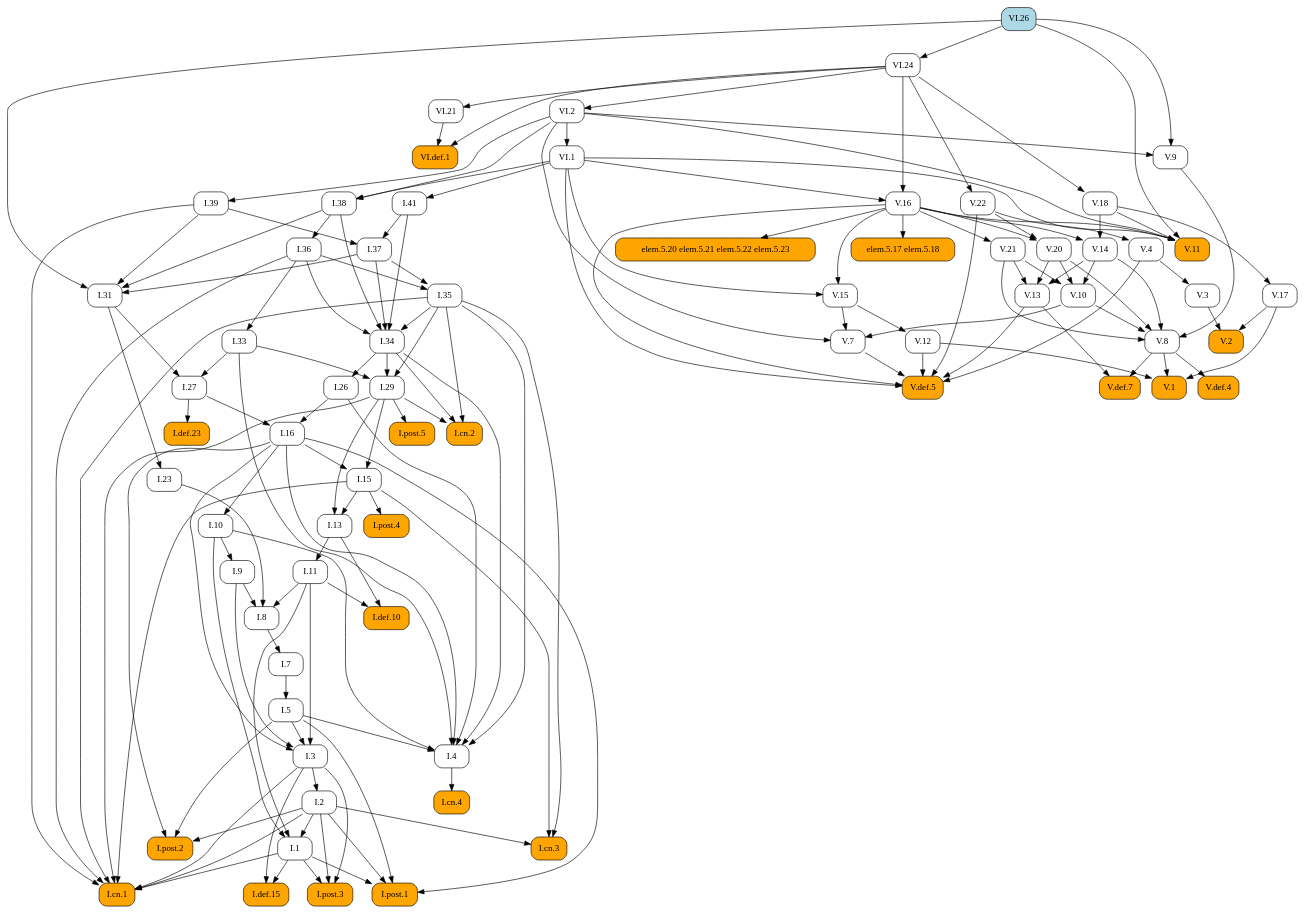
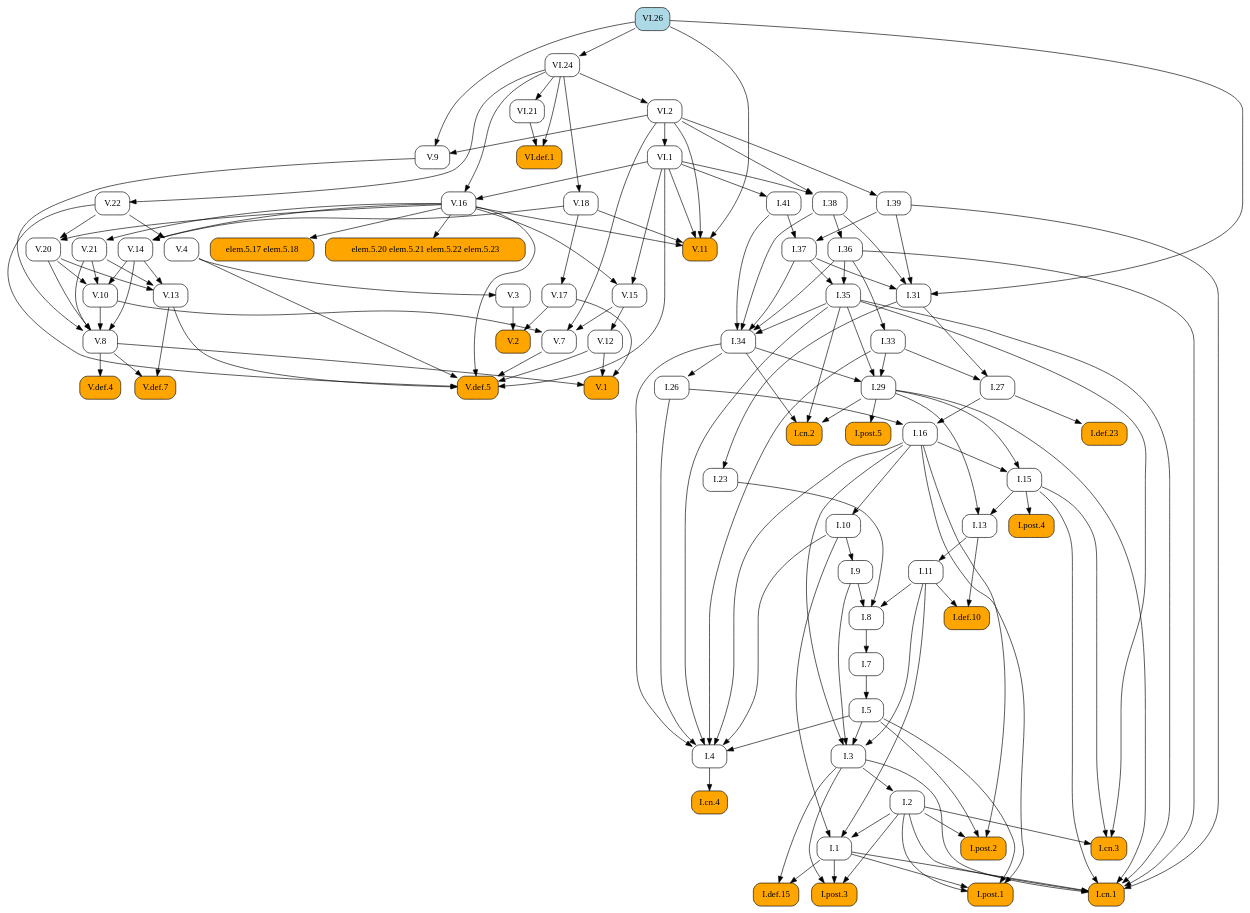
Before and after one commit to geometor/elements: the diagram in docsrc/elements2/VI/26/index.rst, drawn with Graphviz. The commit also changed other lines of this file and 409 other files, not shown here.

First line of the commit message:
feat: Add image cropping and graphic extraction script

```diff
--- a/docsrc/elements2/VI/26/index.rst
+++ b/docsrc/elements2/VI/26/index.rst
@@ -46,198 +46,94 @@
    digraph {
      rankdir="TB";
      node [shape=box, style=rounded];
+     "I.31" [URL="/elements2/I/31/", target="_top"];
+     "I.41" [URL="/elements2/I/41/", target="_top"];
      "I.8" [URL="/elements2/I/8/", target="_top"];
+     "V.10" [URL="/elements2/V/10/", target="_top"];
+     "V.8" [URL="/elements2/V/8/", target="_top"];
+     "VI.1" [URL="/elements2/VI/1/", target="_top"];
+     "I.15" [URL="/elements2/I/15/", target="_top"];
+     "I.26" [URL="/elements2/I/26/", target="_top"];
+     "I.cn.1" [style="rounded,filled", fillcolor=orange, URL="/elements2/I/cn.1/", target="_top"];
+     "elem.5.20 elem.5.21 elem.5.22 elem.5.23" [style="rounded,filled", fillcolor=orange];
+     "V.def.5" [style="rounded,filled", fillcolor=orange, URL="/elements2/V/def.5/", target="_top"];
+     "V.17" [URL="/elements2/V/17/", target="_top"];
+     "I.16" [URL="/elements2/I/16/", target="_top"];
+     "I.35" [URL="/elements2/I/35/", target="_top"];
+     "I.34" [URL="/elements2/I/34/", target="_top"];
+     "I.33" [URL="/elements2/I/33/", target="_top"];
+     "V.15" [URL="/elements2/V/15/", target="_top"];
+     "V.4" [URL="/elements2/V/4/", target="_top"];
+     "V.14" [URL="/elements2/V/14/", target="_top"];
+     "elem.5.17 elem.5.18" [style="rounded,filled", fillcolor=orange];
+     "V.3" [URL="/elements2/V/3/", target="_top"];
+     "I.def.15" [style="rounded,filled", fillcolor=orange, URL="/elements2/I/def.15/", target="_top"];
+     "I.11" [URL="/elements2/I/11/", target="_top"];
+     "V.11" [style="rounded,filled", fillcolor=orange, URL="/elements2/V/11/", target="_top"];
+     "I.cn.3" [style="rounded,filled", fillcolor=orange, URL="/elements2/I/cn.3/", target="_top"];
+     "I.9" [URL="/elements2/I/9/", target="_top"];
+     "I.29" [URL="/elements2/I/29/", target="_top"];
+     "V.13" [URL="/elements2/V/13/", target="_top"];
+     "I.36" [URL="/elements2/I/36/", target="_top"];
+     "I.post.1" [style="rounded,filled", fillcolor=orange, URL="/elements2/I/post.1/", target="_top"];
+     "V.def.4" [style="rounded,filled", fillcolor=orange, URL="/elements2/V/def.4/", target="_top"];
+     "VI.2" [URL="/elements2/VI/2/", target="_top"];
+     "I.27" [URL="/elements2/I/27/", target="_top"];
+     "V.1" [style="rounded,filled", fillcolor=orange, URL="/elements2/V/1/", target="_top"];
+     "I.cn.4" [style="rounded,filled", fillcolor=orange, URL="/elements2/I/cn.4/", target="_top"];
+     "I.cn.2" [style="rounded,filled", fillcolor=orange, URL="/elements2/I/cn.2/", target="_top"];
+     "I.post.4" [style="rounded,filled", fillcolor=orange, URL="/elements2/I/post.4/", target="_top"];
+     "V.7" [URL="/elements2/V/7/", target="_top"];
+     "I.37" [URL="/elements2/I/37/", target="_top"];
+     "V.21" [URL="/elements2/V/21/", target="_top"];
+     "I.5" [URL="/elements2/I/5/", target="_top"];
+     "V.def.7" [style="rounded,filled", fillcolor=orange, URL="/elements2/V/def.7/", target="_top"];
+     "V.12" [URL="/elements2/V/12/", target="_top"];
+     "I.7" [URL="/elements2/I/7/", target="_top"];
+     "V.18" [URL="/elements2/V/18/", target="_top"];
+     "I.23" [URL="/elements2/I/23/", target="_top"];
+     "V.9" [URL="/elements2/V/9/", target="_top"];
+     "V.2" [style="rounded,filled", fillcolor=orange, URL="/elements2/V/2/", target="_top"];
+     "VI.21" [URL="/elements2/VI/21/", target="_top"];
+     "I.38" [URL="/elements2/I/38/", target="_top"];
      "V.20" [URL="/elements2/V/20/", target="_top"];
-     "I.36" [URL="/elements2/I/36/", target="_top"];
-     "V.def.5" [style="rounded,filled", fillcolor=orange, URL="/elements2/V/def.5/", target="_top"];
-     "V.def.7" [style="rounded,filled", fillcolor=orange, URL="/elements2/V/def.7/", target="_top"];
-     "I.38" [URL="/elements2/I/38/", target="_top"];
+     "VI.24" [URL="/elements2/VI/24/", target="_top"];
+     "I.def.23" [style="rounded,filled", fillcolor=orange, URL="/elements2/I/def.23/", target="_top"];
+     "V.16" [URL="/elements2/V/16/", target="_top"];
+     "I.def.10" [style="rounded,filled", fillcolor=orange, URL="/elements2/I/def.10/", target="_top"];
      "I.post.5" [style="rounded,filled", fillcolor=orange, URL="/elements2/I/post.5/", target="_top"];
-     "I.def.10" [style="rounded,filled", fillcolor=orange, URL="/elements2/I/def.10/", target="_top"];
-     "I.cn.2" [style="rounded,filled", fillcolor=orange, URL="/elements2/I/cn.2/", target="_top"];
-     "I.31" [URL="/elements2/I/31/", target="_top"];
+     "VI.26" [style="rounded,filled", fillcolor=lightblue, URL="/elements2/VI/26/", target="_top"];
+     "I.3" [URL="/elements2/I/3/", target="_top"];
+     "I.10" [URL="/elements2/I/10/", target="_top"];
+     "I.13" [URL="/elements2/I/13/", target="_top"];
+     "I.4" [URL="/elements2/I/4/", target="_top"];
+     "I.post.3" [style="rounded,filled", fillcolor=orange, URL="/elements2/I/post.3/", target="_top"];
+     "I.39" [URL="/elements2/I/39/", target="_top"];
+     "I.2" [URL="/elements2/I/2/", target="_top"];
+     "VI.def.1" [style="rounded,filled", fillcolor=orange, URL="/elements2/VI/def.1/", target="_top"];
+     "I.1" [URL="/elements2/I/1/", target="_top"];
      "I.post.2" [style="rounded,filled", fillcolor=orange, URL="/elements2/I/post.2/", target="_top"];
-     "I.def.23" [style="rounded,filled", fillcolor=orange, URL="/elements2/I/def.23/", target="_top"];
-     "I.26" [URL="/elements2/I/26/", target="_top"];
-     "VI.21" [URL="/elements2/VI/21/", target="_top"];
-     "V.17" [URL="/elements2/V/17/", target="_top"];
-     "V.3" [URL="/elements2/V/3/", target="_top"];
-     "I.cn.3" [style="rounded,filled", fillcolor=orange, URL="/elements2/I/cn.3/", target="_top"];
-     "V.2" [style="rounded,filled", fillcolor=orange, URL="/elements2/V/2/", target="_top"];
-     "V.12" [URL="/elements2/V/12/", target="_top"];
      "V.22" [URL="/elements2/V/22/", target="_top"];
-     "I.41" [URL="/elements2/I/41/", target="_top"];
-     "I.35" [URL="/elements2/I/35/", target="_top"];
-     "I.27" [URL="/elements2/I/27/", target="_top"];
-     "I.4" [URL="/elements2/I/4/", target="_top"];
-     "V.8" [URL="/elements2/V/8/", target="_top"];
-     "VI.2" [URL="/elements2/VI/2/", target="_top"];
-     "I.39" [URL="/elements2/I/39/", target="_top"];
-     "I.15" [URL="/elements2/I/15/", target="_top"];
-     "VI.24" [URL="/elements2/VI/24/", target="_top"];
-     "I.34" [URL="/elements2/I/34/", target="_top"];
-     "I.post.3" [style="rounded,filled", fillcolor=orange, URL="/elements2/I/post.3/", target="_top"];
-     "V.18" [URL="/elements2/V/18/", target="_top"];
-     "V.def.4" [style="rounded,filled", fillcolor=orange, URL="/elements2/V/def.4/", target="_top"];
-     "I.post.1" [style="rounded,filled", fillcolor=orange, URL="/elements2/I/post.1/", target="_top"];
-     "I.33" [URL="/elements2/I/33/", target="_top"];
-     "I.5" [URL="/elements2/I/5/", target="_top"];
-     "elem.5.17 elem.5.18" [style="rounded,filled", fillcolor=orange];
-     "VI.1" [URL="/elements2/VI/1/", target="_top"];
-     "V.11" [style="rounded,filled", fillcolor=orange, URL="/elements2/V/11/", target="_top"];
-     "V.13" [URL="/elements2/V/13/", target="_top"];
-     "V.9" [URL="/elements2/V/9/", target="_top"];
-     "V.16" [URL="/elements2/V/16/", target="_top"];
-     "I.def.15" [style="rounded,filled", fillcolor=orange, URL="/elements2/I/def.15/", target="_top"];
-     "V.15" [URL="/elements2/V/15/", target="_top"];
-     "I.11" [URL="/elements2/I/11/", target="_top"];
-     "I.3" [URL="/elements2/I/3/", target="_top"];
-     "V.14" [URL="/elements2/V/14/", target="_top"];
-     "V.10" [URL="/elements2/V/10/", target="_top"];
-     "I.1" [URL="/elements2/I/1/", target="_top"];
-     "I.cn.4" [style="rounded,filled", fillcolor=orange, URL="/elements2/I/cn.4/", target="_top"];
-     "I.7" [URL="/elements2/I/7/", target="_top"];
-     "I.9" [URL="/elements2/I/9/", target="_top"];
-     "V.1" [style="rounded,filled", fillcolor=orange, URL="/elements2/V/1/", target="_top"];
-     "V.7" [URL="/elements2/V/7/", target="_top"];
-     "elem.5.20 elem.5.21 elem.5.22 elem.5.23" [style="rounded,filled", fillcolor=orange];
-     "I.16" [URL="/elements2/I/16/", target="_top"];
-     "V.21" [URL="/elements2/V/21/", target="_top"];
-     "I.cn.1" [style="rounded,filled", fillcolor=orange, URL="/elements2/I/cn.1/", target="_top"];
-     "I.13" [URL="/elements2/I/13/", target="_top"];
-     "I.post.4" [style="rounded,filled", fillcolor=orange, URL="/elements2/I/post.4/", target="_top"];
-     "I.29" [URL="/elements2/I/29/", target="_top"];
-     "VI.def.1" [style="rounded,filled", fillcolor=orange, URL="/elements2/VI/def.1/", target="_top"];
-     "I.2" [URL="/elements2/I/2/", target="_top"];
-     "I.37" [URL="/elements2/I/37/", target="_top"];
-     "I.10" [URL="/elements2/I/10/", target="_top"];
-     "I.23" [URL="/elements2/I/23/", target="_top"];
-     "VI.26" [style="rounded,filled", fillcolor=lightblue, URL="/elements2/VI/26/", target="_top"];
-     "V.4" [URL="/elements2/V/4/", target="_top"];
-     "I.9" -> "I.8";
-     "I.11" -> "I.8";
-     "I.23" -> "I.8";
-     "V.16" -> "V.20";
-     "V.22" -> "V.20";
-     "I.38" -> "I.36";
-     "V.4" -> "V.def.5";
-     "V.7" -> "V.def.5";
-     "V.12" -> "V.def.5";
-     "V.13" -> "V.def.5";
-     "V.16" -> "V.def.5";
-     "V.22" -> "V.def.5";
-     "VI.1" -> "V.def.5";
-     "V.8" -> "V.def.7";
-     "V.13" -> "V.def.7";
-     "VI.1" -> "I.38";
-     "VI.2" -> "I.38";
-     "I.29" -> "I.post.5";
-     "I.11" -> "I.def.10";
-     "I.13" -> "I.def.10";
-     "I.29" -> "I.cn.2";
-     "I.34" -> "I.cn.2";
-     "I.35" -> "I.cn.2";
      "I.37" -> "I.31";
      "I.38" -> "I.31";
      "I.39" -> "I.31";
      "VI.26" -> "I.31";
-     "I.2" -> "I.post.2";
-     "I.5" -> "I.post.2";
-     "I.16" -> "I.post.2";
-     "I.27" -> "I.def.23";
-     "I.34" -> "I.26";
-     "VI.24" -> "VI.21";
-     "V.18" -> "V.17";
-     "V.4" -> "V.3";
-     "I.2" -> "I.cn.3";
-     "I.15" -> "I.cn.3";
-     "I.35" -> "I.cn.3";
-     "V.3" -> "V.2";
-     "V.17" -> "V.2";
-     "V.15" -> "V.12";
-     "VI.24" -> "V.22";
      "VI.1" -> "I.41";
-     "I.36" -> "I.35";
-     "I.37" -> "I.35";
-     "I.31" -> "I.27";
-     "I.33" -> "I.27";
-     "I.5" -> "I.4";
-     "I.10" -> "I.4";
-     "I.16" -> "I.4";
-     "I.26" -> "I.4";
-     "I.33" -> "I.4";
-     "I.34" -> "I.4";
-     "I.35" -> "I.4";
+     "I.9" -> "I.8";
+     "I.11" -> "I.8";
+     "I.23" -> "I.8";
+     "V.14" -> "V.10";
+     "V.20" -> "V.10";
+     "V.21" -> "V.10";
      "V.9" -> "V.8";
      "V.10" -> "V.8";
      "V.14" -> "V.8";
      "V.20" -> "V.8";
      "V.21" -> "V.8";
-     "VI.24" -> "VI.2";
-     "VI.2" -> "I.39";
+     "VI.2" -> "VI.1";
      "I.16" -> "I.15";
      "I.29" -> "I.15";
-     "VI.26" -> "VI.24";
-     "I.35" -> "I.34";
-     "I.36" -> "I.34";
-     "I.37" -> "I.34";
-     "I.38" -> "I.34";
-     "I.41" -> "I.34";
-     "I.1" -> "I.post.3";
-     "I.2" -> "I.post.3";
-     "I.3" -> "I.post.3";
-     "VI.24" -> "V.18";
-     "V.8" -> "V.def.4";
-     "I.1" -> "I.post.1";
-     "I.2" -> "I.post.1";
-     "I.5" -> "I.post.1";
-     "I.16" -> "I.post.1";
-     "I.36" -> "I.33";
-     "I.7" -> "I.5";
-     "V.16" -> "elem.5.17 elem.5.18";
-     "VI.2" -> "VI.1";
-     "V.16" -> "V.11";
-     "V.18" -> "V.11";
-     "VI.1" -> "V.11";
-     "VI.2" -> "V.11";
-     "VI.26" -> "V.11";
-     "V.14" -> "V.13";
-     "V.20" -> "V.13";
-     "V.21" -> "V.13";
-     "VI.2" -> "V.9";
-     "VI.26" -> "V.9";
-     "VI.1" -> "V.16";
-     "VI.24" -> "V.16";
-     "I.1" -> "I.def.15";
-     "I.3" -> "I.def.15";
-     "V.16" -> "V.15";
-     "VI.1" -> "V.15";
-     "I.13" -> "I.11";
-     "I.5" -> "I.3";
-     "I.9" -> "I.3";
-     "I.11" -> "I.3";
-     "I.16" -> "I.3";
-     "V.16" -> "V.14";
-     "V.18" -> "V.14";
-     "V.14" -> "V.10";
-     "V.20" -> "V.10";
-     "V.21" -> "V.10";
-     "I.2" -> "I.1";
-     "I.10" -> "I.1";
-     "I.11" -> "I.1";
-     "I.4" -> "I.cn.4";
-     "I.8" -> "I.7";
-     "I.10" -> "I.9";
-     "V.8" -> "V.1";
-     "V.12" -> "V.1";
-     "V.17" -> "V.1";
-     "V.10" -> "V.7";
-     "V.15" -> "V.7";
-     "VI.2" -> "V.7";
-     "V.16" -> "elem.5.20 elem.5.21 elem.5.22 elem.5.23";
-     "I.26" -> "I.16";
-     "I.27" -> "I.16";
-     "V.16" -> "V.21";
+     "I.34" -> "I.26";
      "I.1" -> "I.cn.1";
      "I.2" -> "I.cn.1";
      "I.3" -> "I.cn.1";
@@ -246,18 +142,122 @@
      "I.35" -> "I.cn.1";
      "I.36" -> "I.cn.1";
      "I.39" -> "I.cn.1";
-     "I.15" -> "I.13";
-     "I.29" -> "I.13";
-     "I.15" -> "I.post.4";
+     "V.16" -> "elem.5.20 elem.5.21 elem.5.22 elem.5.23";
+     "V.4" -> "V.def.5";
+     "V.7" -> "V.def.5";
+     "V.12" -> "V.def.5";
+     "V.13" -> "V.def.5";
+     "V.16" -> "V.def.5";
+     "V.22" -> "V.def.5";
+     "VI.1" -> "V.def.5";
+     "V.18" -> "V.17";
+     "I.26" -> "I.16";
+     "I.27" -> "I.16";
+     "I.36" -> "I.35";
+     "I.37" -> "I.35";
+     "I.35" -> "I.34";
+     "I.36" -> "I.34";
+     "I.37" -> "I.34";
+     "I.38" -> "I.34";
+     "I.41" -> "I.34";
+     "I.36" -> "I.33";
+     "V.16" -> "V.15";
+     "VI.1" -> "V.15";
+     "V.22" -> "V.4";
+     "V.16" -> "V.14";
+     "V.18" -> "V.14";
+     "V.16" -> "elem.5.17 elem.5.18";
+     "V.4" -> "V.3";
+     "I.1" -> "I.def.15";
+     "I.3" -> "I.def.15";
+     "I.13" -> "I.11";
+     "V.16" -> "V.11";
+     "V.18" -> "V.11";
+     "VI.1" -> "V.11";
+     "VI.2" -> "V.11";
+     "VI.26" -> "V.11";
+     "I.2" -> "I.cn.3";
+     "I.15" -> "I.cn.3";
+     "I.35" -> "I.cn.3";
+     "I.10" -> "I.9";
      "I.33" -> "I.29";
      "I.34" -> "I.29";
      "I.35" -> "I.29";
+     "V.14" -> "V.13";
+     "V.20" -> "V.13";
+     "V.21" -> "V.13";
+     "I.38" -> "I.36";
+     "I.1" -> "I.post.1";
+     "I.2" -> "I.post.1";
+     "I.5" -> "I.post.1";
+     "I.16" -> "I.post.1";
+     "V.8" -> "V.def.4";
+     "VI.24" -> "VI.2";
+     "I.31" -> "I.27";
+     "I.33" -> "I.27";
+     "V.8" -> "V.1";
+     "V.12" -> "V.1";
+     "V.17" -> "V.1";
+     "I.4" -> "I.cn.4";
+     "I.29" -> "I.cn.2";
+     "I.34" -> "I.cn.2";
+     "I.35" -> "I.cn.2";
+     "I.15" -> "I.post.4";
+     "V.10" -> "V.7";
+     "V.15" -> "V.7";
+     "VI.2" -> "V.7";
+     "I.39" -> "I.37";
+     "I.41" -> "I.37";
+     "V.16" -> "V.21";
+     "I.7" -> "I.5";
+     "V.8" -> "V.def.7";
+     "V.13" -> "V.def.7";
+     "V.15" -> "V.12";
+     "I.8" -> "I.7";
+     "VI.24" -> "V.18";
+     "I.31" -> "I.23";
+     "VI.2" -> "V.9";
+     "VI.26" -> "V.9";
+     "V.3" -> "V.2";
+     "V.17" -> "V.2";
+     "VI.24" -> "VI.21";
+     "VI.1" -> "I.38";
+     "VI.2" -> "I.38";
+     "V.16" -> "V.20";
+     "V.22" -> "V.20";
+     "VI.26" -> "VI.24";
+     "I.27" -> "I.def.23";
+     "VI.1" -> "V.16";
+     "VI.24" -> "V.16";
+     "I.11" -> "I.def.10";
+     "I.13" -> "I.def.10";
+     "I.29" -> "I.post.5";
+     "I.5" -> "I.3";
+     "I.9" -> "I.3";
+     "I.11" -> "I.3";
+     "I.16" -> "I.3";
+     "I.16" -> "I.10";
+     "I.15" -> "I.13";
+     "I.29" -> "I.13";
+     "I.5" -> "I.4";
+     "I.10" -> "I.4";
+     "I.16" -> "I.4";
+     "I.26" -> "I.4";
+     "I.33" -> "I.4";
+     "I.34" -> "I.4";
+     "I.35" -> "I.4";
+     "I.1" -> "I.post.3";
+     "I.2" -> "I.post.3";
+     "I.3" -> "I.post.3";
+     "VI.2" -> "I.39";
+     "I.3" -> "I.2";
      "VI.21" -> "VI.def.1";
      "VI.24" -> "VI.def.1";
-     "I.3" -> "I.2";
-     "I.39" -> "I.37";
-     "I.41" -> "I.37";
-     "I.16" -> "I.10";
-     "I.31" -> "I.23";
-     "V.22" -> "V.4";
+     "I.2" -> "I.1";
+     "I.10" -> "I.1";
+     "I.11" -> "I.1";
+     "I.2" -> "I.post.2";
+     "I.5" -> "I.post.2";
+     "I.16" -> "I.post.2";
+     "VI.24" -> "V.22";
    }
```
